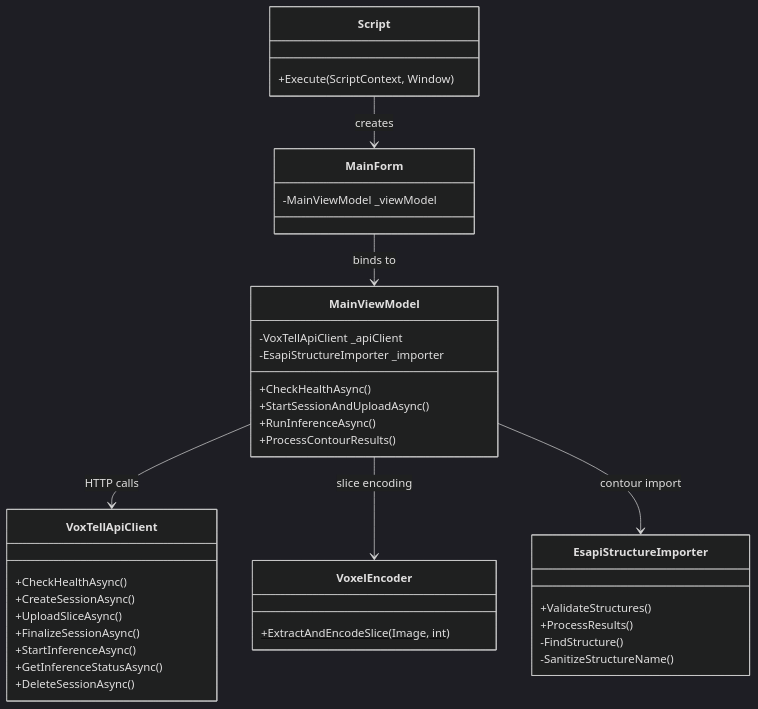
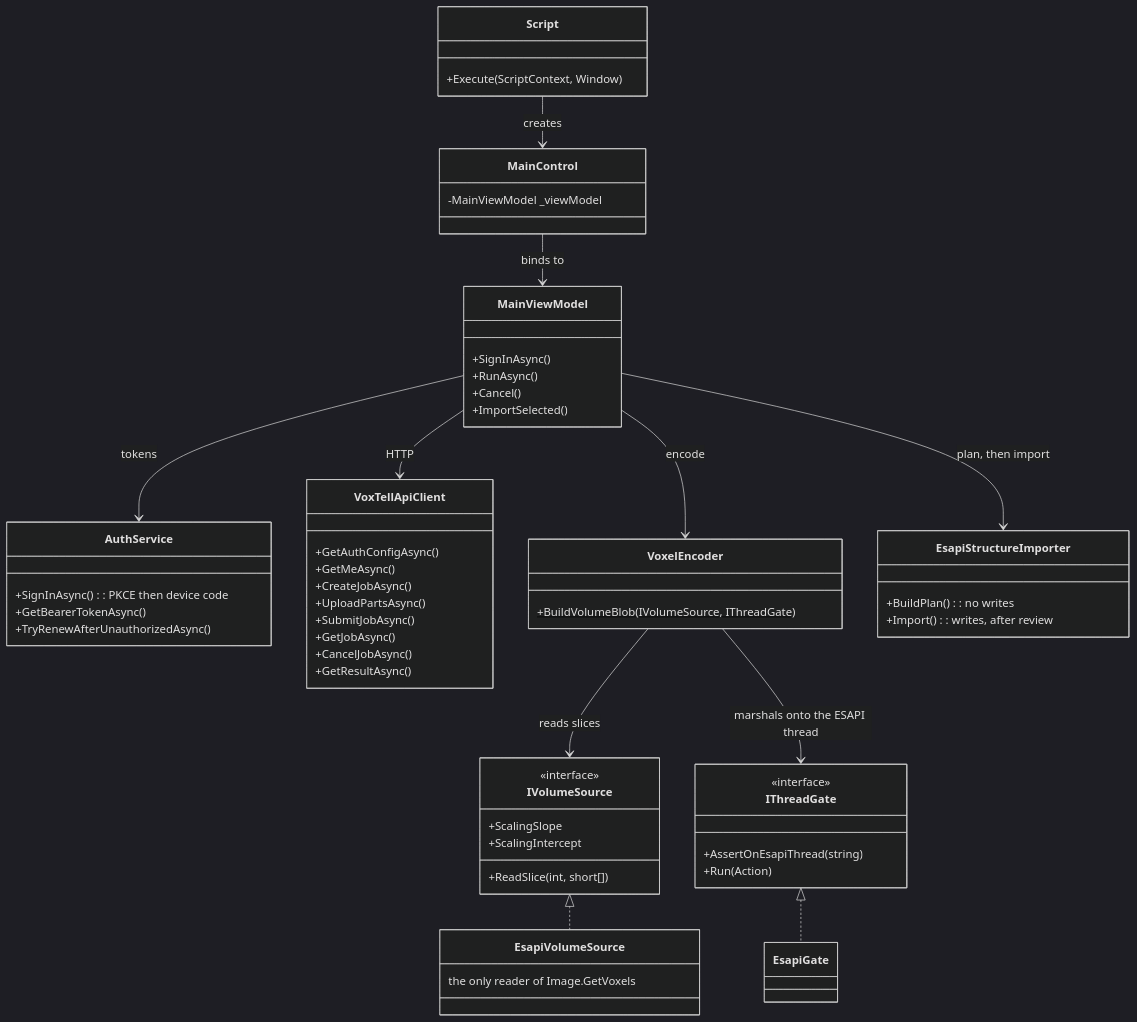
One commit to gomesgustavoo/VoxTell-ESAPI changed the diagram in voxtell-esapi-client/README.md. Above: the diagram before and after it, drawn with Mermaid (dark theme). The commit also changed other lines of this file and 32 other files, not shown here.

````diff
--- a/voxtell-esapi-client/README.md
+++ b/voxtell-esapi-client/README.md
@@ -113,41 +143,62 @@
 ```mermaid
 classDiagram
     class Script {
         +Execute(ScriptContext, Window)
     }
     class MainViewModel {
-        -VoxTellApiClient _apiClient
-        -EsapiStructureImporter _importer
-        +CheckHealthAsync()
-        +StartSessionAndUploadAsync()
-        +RunInferenceAsync()
-        +ProcessContourResults()
+        +SignInAsync()
+        +RunAsync()
+        +Cancel()
+        +ImportSelected()
+    }
+    class AuthService {
+        +SignInAsync() : PKCE then device code
+        +GetBearerTokenAsync()
+        +TryRenewAfterUnauthorizedAsync()
     }
     class VoxTellApiClient {
-        +CheckHealthAsync()
-        +CreateSessionAsync()
-        +UploadSliceAsync()
-        +FinalizeSessionAsync()
-        +StartInferenceAsync()
-        +GetInferenceStatusAsync()
-        +DeleteSessionAsync()
+        +GetAuthConfigAsync()
+        +GetMeAsync()
+        +CreateJobAsync()
+        +UploadPartsAsync()
+        +SubmitJobAsync()
+        +GetJobAsync()
+        +CancelJobAsync()
+        +GetResultAsync()
     }
     class VoxelEncoder {
-        +ExtractAndEncodeSlice(Image, int)$
+        +BuildVolumeBlob(IVolumeSource, IThreadGate)$
+    }
+    class IVolumeSource {
+        <<interface>>
+        +ReadSlice(int, short[])
+        +ScalingSlope
+        +ScalingIntercept
+    }
+    class EsapiVolumeSource {
+        the only reader of Image.GetVoxels
+    }
+    class IThreadGate {
+        <<interface>>
+        +AssertOnEsapiThread(string)
+        +Run(Action)
     }
     class EsapiStructureImporter {
-        +ValidateStructures()
-        +ProcessResults()
-        -FindStructure()
-        -SanitizeStructureName()
+        +BuildPlan() : no writes
+        +Import() : writes, after review
     }
-    class MainForm {
+    class MainControl {
         -MainViewModel _viewModel
     }
 
-    Script --> MainForm : creates
-    MainForm --> MainViewModel : binds to
-    MainViewModel --> VoxTellApiClient : HTTP calls
-    MainViewModel --> VoxelEncoder : slice encoding
-    MainViewModel --> EsapiStructureImporter : contour import
+    Script --> MainControl : creates
+    MainControl --> MainViewModel : binds to
+    MainViewModel --> AuthService : tokens
+    MainViewModel --> VoxTellApiClient : HTTP
+    MainViewModel --> VoxelEncoder : encode
+    MainViewModel --> EsapiStructureImporter : plan, then import
+    VoxelEncoder --> IVolumeSource : reads slices
+    VoxelEncoder --> IThreadGate : marshals onto the ESAPI thread
+    IVolumeSource <|.. EsapiVolumeSource
+    IThreadGate <|.. EsapiGate
 ```
````
